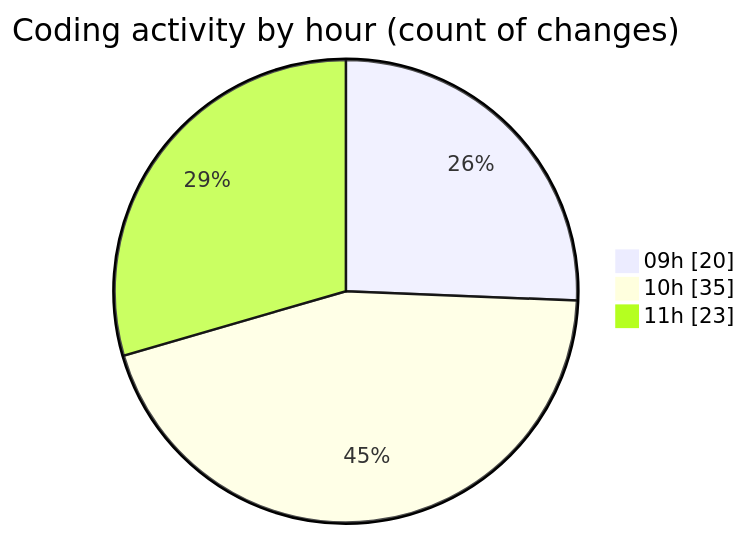
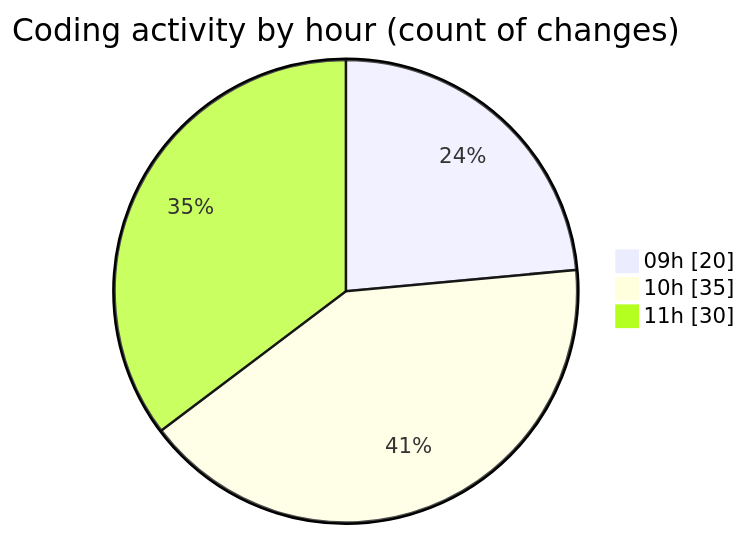
Before and after one commit to CELIANVF/code-tracking: the second of 2 diagrams in 2025-06-10/ecodeli-1/README.md, drawn with Mermaid. The commit also changed other lines of this file and 1 other file, not shown here.

````diff
--- a/2025-06-10/ecodeli-1/README.md
+++ b/2025-06-10/ecodeli-1/README.md
@@ -62,7 +63,7 @@
 ```mermaid
 pie showData
 title Coding activity by hour (count of changes)
 "09h" : 20
 "10h" : 35
-"11h" : 23
+"11h" : 30
 ```
````
